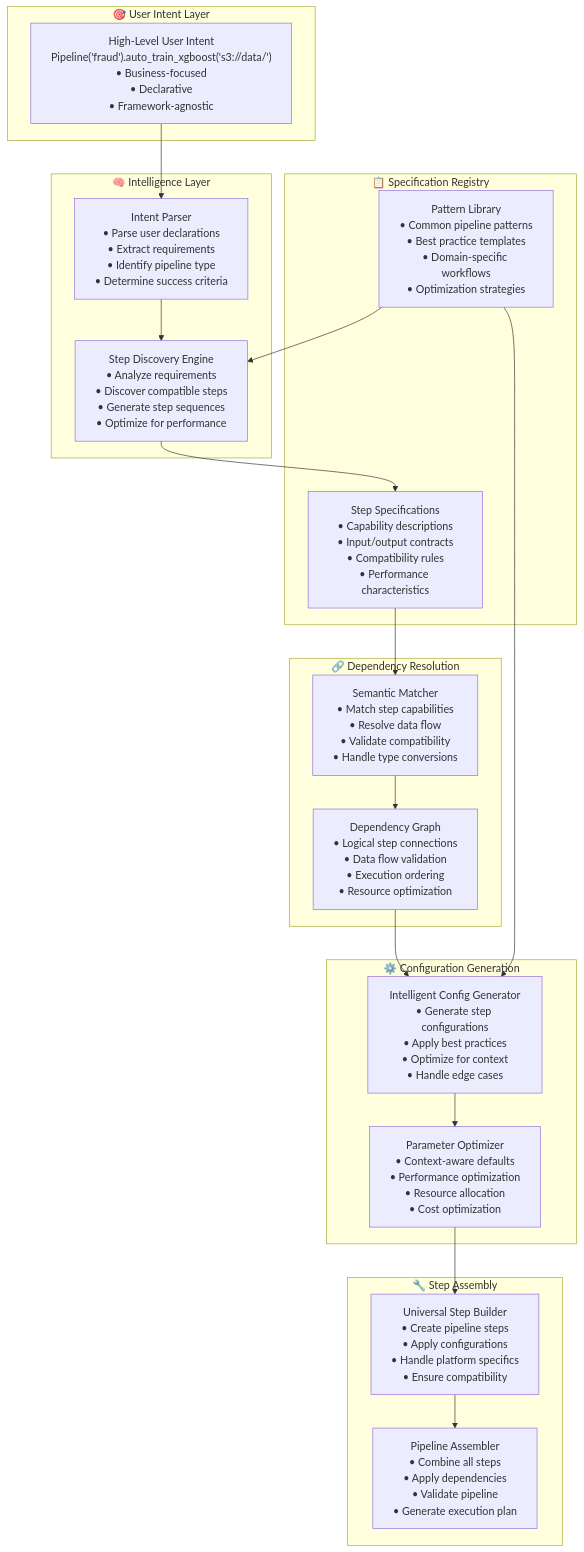
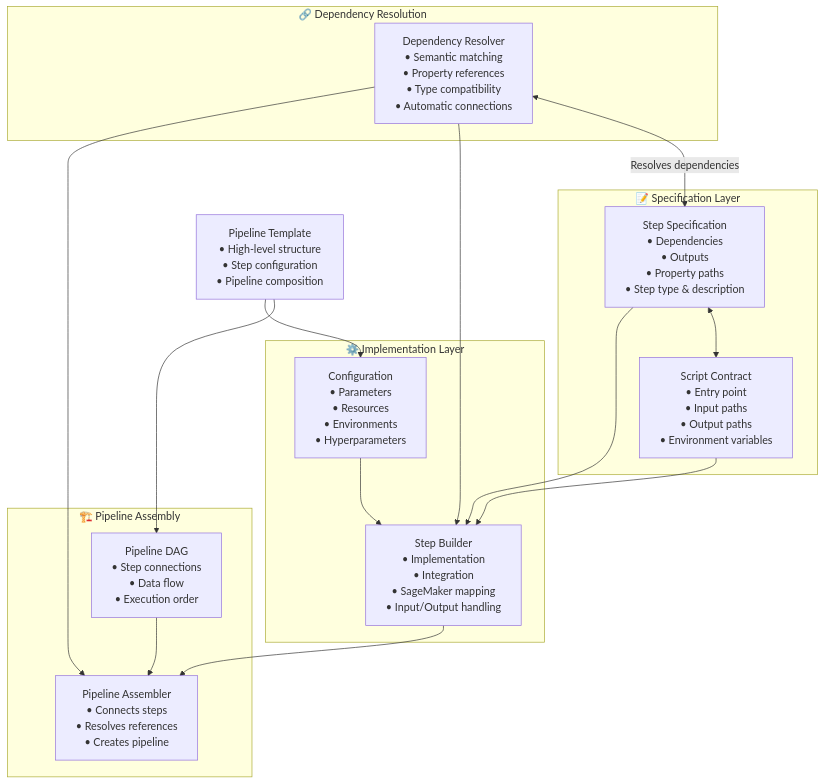
Before and after one commit to TianpeiLuke/nlp-pipeline: the diagram in slipbox/pipeline_design/specification_driven_design.md, drawn with Mermaid. The commit also changed other lines of this file and 16 other files, not shown here.

````diff
--- a/slipbox/pipeline_design/specification_driven_design.md
+++ b/slipbox/pipeline_design/specification_driven_design.md
@@ -34,49 +38,35 @@
 ```mermaid
 flowchart TD
-    subgraph "🎯 User Intent Layer"
-        UserIntent["High-Level User Intent<br/>Pipeline('fraud').auto_train_xgboost('s3://data/')<br/>• Business-focused<br/>• Declarative<br/>• Framework-agnostic"]
+    subgraph "📝 Specification Layer"
+        StepSpec["Step Specification<br/>• Dependencies<br/>• Outputs<br/>• Property paths<br/>• Step type & description"]
+        ScriptContract["Script Contract<br/>• Entry point<br/>• Input paths<br/>• Output paths<br/>• Environment variables"]
+        StepSpec <--> ScriptContract
     end
     
-    subgraph "🧠 Intelligence Layer"
-        IntentParser["Intent Parser<br/>• Parse user declarations<br/>• Extract requirements<br/>• Identify pipeline type<br/>• Determine success criteria"]
-        
-        StepDiscovery["Step Discovery Engine<br/>• Analyze requirements<br/>• Discover compatible steps<br/>• Generate step sequences<br/>• Optimize for performance"]
-    end
-    
-    subgraph "📋 Specification Registry"
-        StepSpecs["Step Specifications<br/>• Capability descriptions<br/>• Input/output contracts<br/>• Compatibility rules<br/>• Performance characteristics"]
-        
-        PatternLibrary["Pattern Library<br/>• Common pipeline patterns<br/>• Best practice templates<br/>• Domain-specific workflows<br/>• Optimization strategies"]
+    subgraph "⚙️ Implementation Layer"
+        Config["Configuration<br/>• Parameters<br/>• Resources<br/>• Environments<br/>• Hyperparameters"]
+        StepBuilder["Step Builder<br/>• Implementation<br/>• Integration<br/>• SageMaker mapping<br/>• Input/Output handling"]
+        Config --> StepBuilder
+        StepSpec --> StepBuilder
+        ScriptContract --> StepBuilder
     end
     
     subgraph "🔗 Dependency Resolution"
-        SemanticMatcher["Semantic Matcher<br/>• Match step capabilities<br/>• Resolve data flow<br/>• Validate compatibility<br/>• Handle type conversions"]
-        
-        DependencyGraph["Dependency Graph<br/>• Logical step connections<br/>• Data flow validation<br/>• Execution ordering<br/>• Resource optimization"]
+        DependencyResolver["Dependency Resolver<br/>• Semantic matching<br/>• Property references<br/>• Type compatibility<br/>• Automatic connections"]
+        DependencyResolver <-- Resolves dependencies --> StepSpec
+        DependencyResolver --> StepBuilder
     end
     
-    subgraph "⚙️ Configuration Generation"
-        ConfigGenerator["Intelligent Config Generator<br/>• Generate step configurations<br/>• Apply best practices<br/>• Optimize for context<br/>• Handle edge cases"]
+    subgraph "🏗️ Pipeline Assembly"
+        DAG["Pipeline DAG<br/>• Step connections<br/>• Data flow<br/>• Execution order"]
+        Assembler["Pipeline Assembler<br/>• Connects steps<br/>• Resolves references<br/>• Creates pipeline"]
         
-        ParameterOptimizer["Parameter Optimizer<br/>• Context-aware defaults<br/>• Performance optimization<br/>• Resource allocation<br/>• Cost optimization"]
+        DAG --> Assembler
+        DependencyResolver --> Assembler
+        StepBuilder --> Assembler
     end
     
-    subgraph "🔧 Step Assembly"
-        StepBuilder["Universal Step Builder<br/>• Create pipeline steps<br/>• Apply configurations<br/>• Handle platform specifics<br/>• Ensure compatibility"]
-        
-        PipelineAssembler["Pipeline Assembler<br/>• Combine all steps<br/>• Apply dependencies<br/>• Validate pipeline<br/>• Generate execution plan"]
-    end
-    
-    UserIntent --> IntentParser
-    IntentParser --> StepDiscovery
-    StepDiscovery --> StepSpecs
-    StepSpecs --> SemanticMatcher
-    SemanticMatcher --> DependencyGraph
-    DependencyGraph --> ConfigGenerator
-    ConfigGenerator --> ParameterOptimizer
-    ParameterOptimizer --> StepBuilder
-    StepBuilder --> PipelineAssembler
-    
-    PatternLibrary --> StepDiscovery
-    PatternLibrary --> ConfigGenerator
+    PipelineTemplate["Pipeline Template<br/>• High-level structure<br/>• Step configuration<br/>• Pipeline composition"]
+    PipelineTemplate --> DAG
+    PipelineTemplate --> Config
 ```
````
